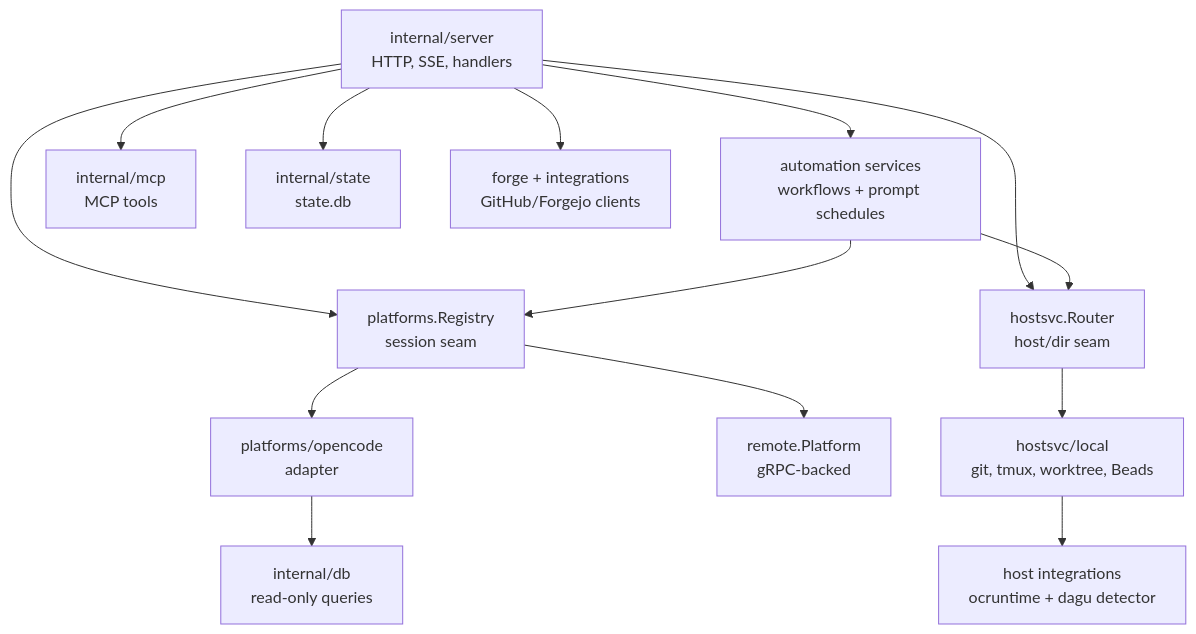
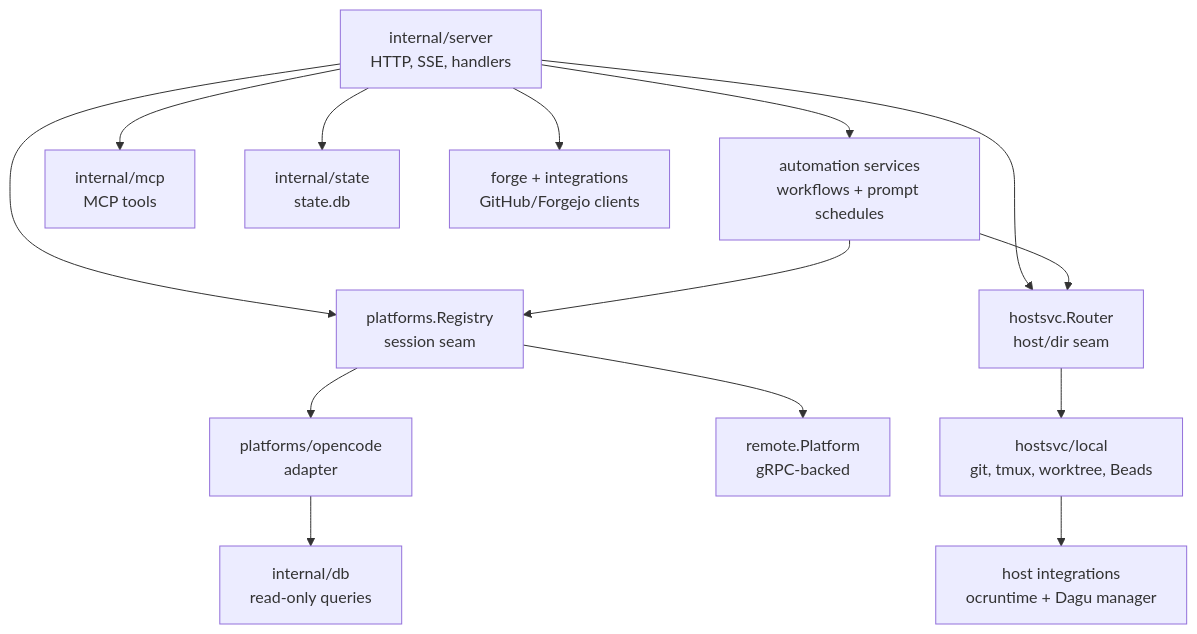
One commit to ocman/ocman changed the second of 4 diagrams in docs/architecture.md. Above: the diagram before and after it, drawn with Mermaid. The commit also changed other lines of this file and 29 other files, not shown here.

````diff
--- a/docs/architecture.md
+++ b/docs/architecture.md
@@ -51,16 +53,16 @@
 ```mermaid
 flowchart TD
     Server[internal/server<br/>HTTP, SSE, handlers] --> Registry[platforms.Registry<br/>session seam]
     Server --> Router[hostsvc.Router<br/>host/dir seam]
     Server --> Workflows[automation services<br/>workflows + prompt schedules]
     Workflows --> Registry
     Workflows --> Router
     Server --> MCP[internal/mcp<br/>MCP tools]
     Registry --> OC[platforms/opencode<br/>adapter]
     Registry --> RP[remote.Platform<br/>gRPC-backed]
     OC --> DB[internal/db<br/>read-only queries]
     Router --> Local[hostsvc/local<br/>git, tmux, worktree, Beads]
-    Local --> HostTools[host integrations<br/>ocruntime + dagu detector]
+    Local --> HostTools[host integrations<br/>ocruntime + Dagu manager]
     Server --> State[internal/state<br/>state.db]
     Server --> Forge[forge + integrations<br/>GitHub/Forgejo clients]
 ```
````
